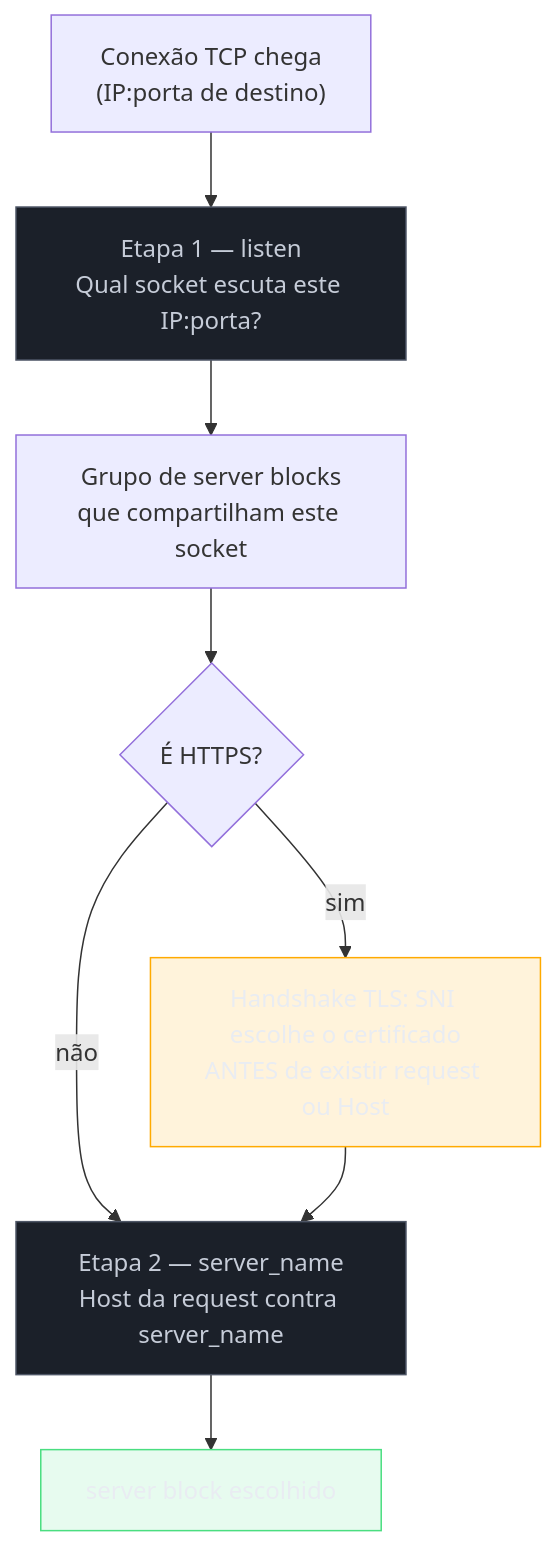
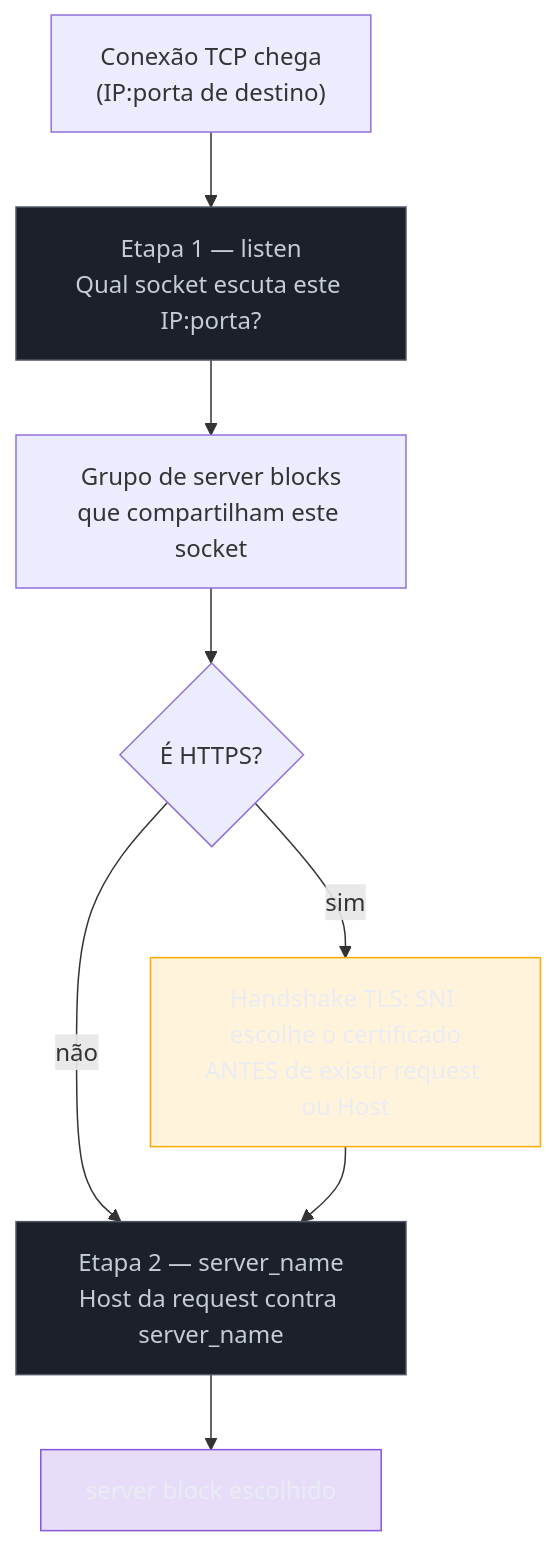
The first of 3 diagrams in 03-Dominios/Tecnologia/Infraestrutura/Nginx/03 - Como o Nginx escolhe o server block.md (josenaldo/codex-technomanticus), drawn with Mermaid before and after one commit. The commit also changed other lines of this file and 601 other files, not shown here.

````diff
--- a/03-Dominios/Tecnologia/Infraestrutura/Nginx/03 - Como o Nginx escolhe o server block.md
+++ b/03-Dominios/Tecnologia/Infraestrutura/Nginx/03 - Como o Nginx escolhe o server block.md
@@ -30,18 +30,18 @@
 ```mermaid
 graph TB
+    classDef marca fill:#8855DF33,stroke:#8855DF,color:#E9ECF2
     classDef neutro fill:#1B2029,stroke:#4E5666,color:#C6CCD8
     classDef destaque fill:#FFAA0024,stroke:#FFAA00,color:#E9ECF2
-    classDef ok fill:#4ADE8021,stroke:#4ADE80,color:#E9ECF2
     C["Conexão TCP chega<br/>(IP:porta de destino)"] --> S1["Etapa 1 — listen<br/>Qual socket escuta este IP:porta?"]
     S1 --> G["Grupo de server blocks<br/>que compartilham este socket"]
     G --> TLS{"É HTTPS?"}
     TLS -->|"sim"| SNI["Handshake TLS: SNI escolhe o certificado<br/>ANTES de existir request ou Host"]
     TLS -->|"não"| S2
     SNI --> S2["Etapa 2 — server_name<br/>Host da request contra server_name"]
     S2 --> R["server block escolhido"]
 
     class S1 neutro
     class S2 neutro
     class SNI destaque
-    class R ok
+    class R marca
 ```
````
